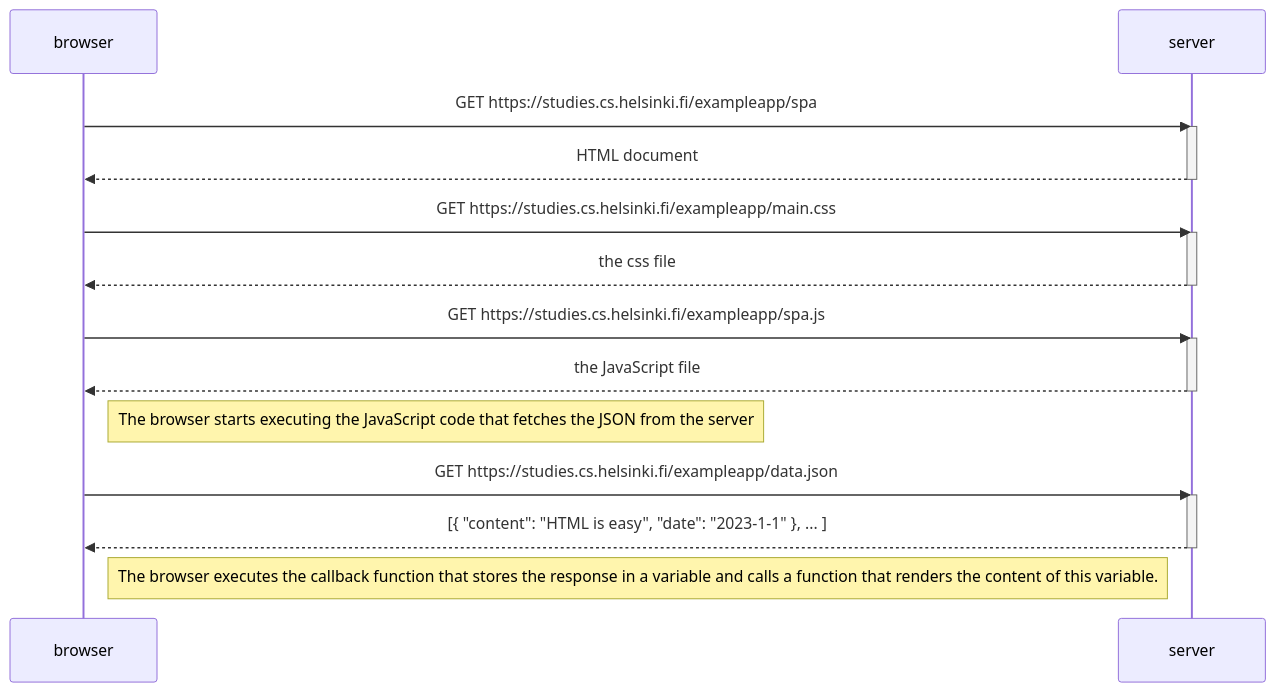
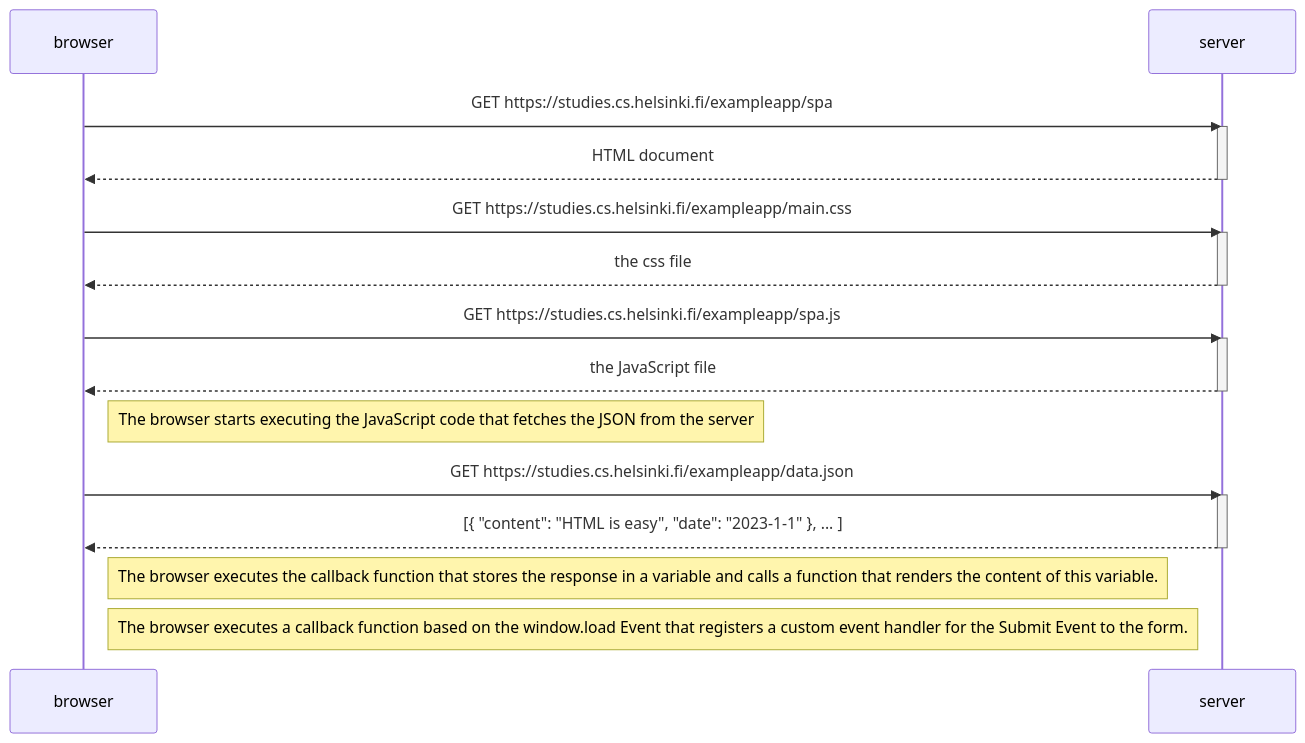
Before and after one commit to Niclas-Schikofsky/fullstackopen: the diagram in exercise0.5.md, drawn with Mermaid.

Commit message:
Added missing comment regarding the onload event handler

````diff
--- a/exercise0.5.md
+++ b/exercise0.5.md
@@ -1,30 +1,31 @@
 ```mermaid
 sequenceDiagram
     participant browser
     participant server
 
     browser->>server: GET https://studies.cs.helsinki.fi/exampleapp/spa
     activate server
     server-->>browser: HTML document
     deactivate server
 
     browser->>server: GET https://studies.cs.helsinki.fi/exampleapp/main.css
     activate server
     server-->>browser: the css file
     deactivate server
 
     browser->>server: GET https://studies.cs.helsinki.fi/exampleapp/spa.js
     activate server
     server-->>browser: the JavaScript file
     deactivate server
 
     Note right of browser: The browser starts executing the JavaScript code that fetches the JSON from the server
 
     browser->>server: GET https://studies.cs.helsinki.fi/exampleapp/data.json
     activate server
     server-->>browser: [{ "content": "HTML is easy", "date": "2023-1-1" }, ... ]
     deactivate server
 
-    Note right of browser: The browser executes the callback function that stores the response in a variable and calls a function that renders the content of this variable. 
+    Note right of browser: The browser executes the callback function that stores the response in a variable and calls a function that renders the content of this variable.
+    Note right of browser: The browser executes a callback function based on the window.load Event that registers a custom event handler for the Submit Event to the form. 
 
 ```
````
